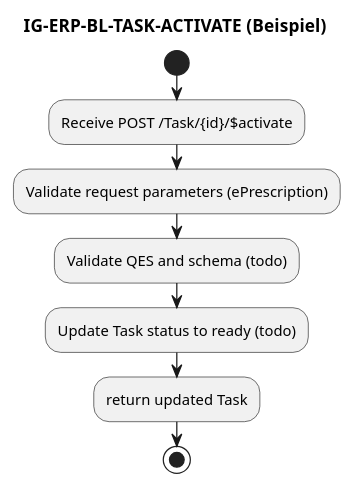
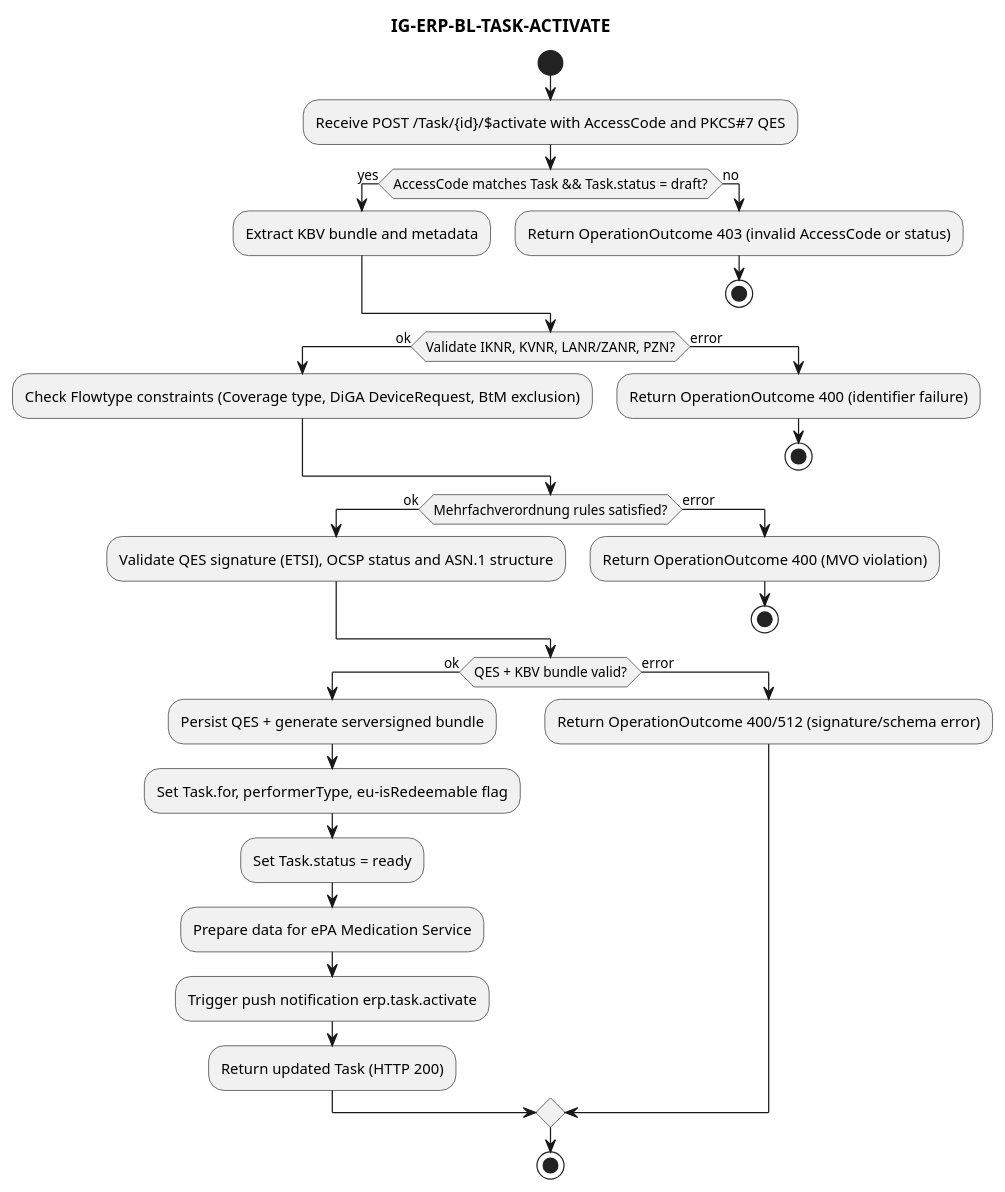
The diagram in input/images-source/IG-ERP-BL-TASK-ACTIVATE.plantuml (gematik/fhir-profiles-erp), drawn with PlantUML before and after one commit. The commit also changed 63 other files, not shown here.

```diff
--- a/input/images-source/IG-ERP-BL-TASK-ACTIVATE.plantuml
+++ b/input/images-source/IG-ERP-BL-TASK-ACTIVATE.plantuml
@@ -1,13 +1,38 @@
 @startuml
 
-title IG-ERP-BL-TASK-ACTIVATE (Beispiel)
+title IG-ERP-BL-TASK-ACTIVATE
 
 start
-:Receive POST /Task/{id}/$activate;
-:Validate request parameters (ePrescription);
-:Validate QES and schema (todo);
-:Update Task status to ready (todo);
-:return updated Task;
+:Receive POST /Task/{id}/$activate with AccessCode and PKCS#7 QES;
+if (AccessCode matches Task && Task.status = draft?) then (yes)
+	:Extract KBV bundle and metadata;
+else (no)
+	:Return OperationOutcome 403 (invalid AccessCode or status);
+	stop
+endif
+if (Validate IKNR, KVNR, LANR/ZANR, PZN?) then (ok)
+	:Check Flowtype constraints (Coverage type, DiGA DeviceRequest, BtM exclusion);
+else (error)
+	:Return OperationOutcome 400 (identifier failure);
+	stop
+endif
+if (Mehrfachverordnung rules satisfied?) then (ok)
+	:Validate QES signature (ETSI), OCSP status and ASN.1 structure;
+else (error)
+	:Return OperationOutcome 400 (MVO violation);
+	stop
+endif
+if (QES + KBV bundle valid?) then (ok)
+	:Persist QES + generate serversigned bundle;
+	:Set Task.for, performerType, eu-isRedeemable flag;
+	:Set Task.status = ready;
+	:Prepare data for ePA Medication Service;
+	:Trigger push notification erp.task.activate;
+	:Return updated Task (HTTP 200);
+else (error)
+	:Return OperationOutcome 400/512 (signature/schema error);
+endif
+
 stop
 
 @enduml
```
